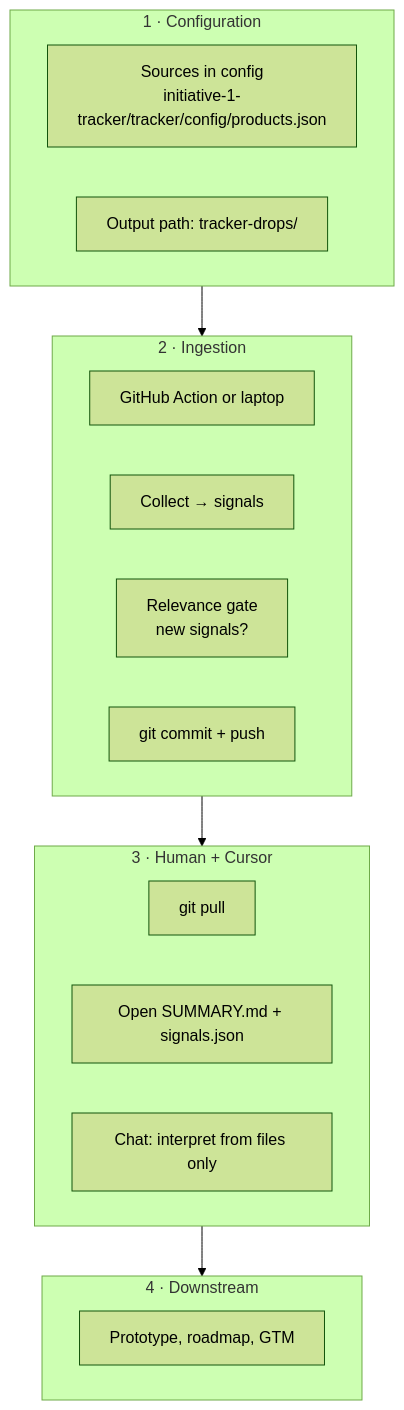
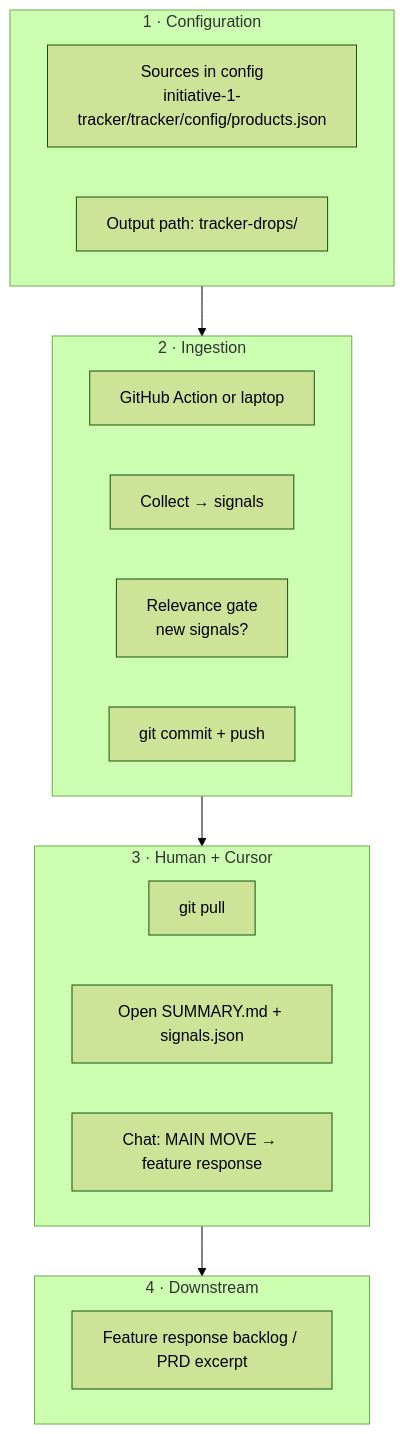
One commit to alonsoroca-gif/Tracker-Competitors-Bot changed the diagram in TRACKER-EXTERNAL-ONBOARDING.md. Above: the diagram before and after it, drawn with Mermaid (forest theme). The commit also changed other lines of this file and 59 other files, not shown here.

````diff
--- a/TRACKER-EXTERNAL-ONBOARDING.md
+++ b/TRACKER-EXTERNAL-ONBOARDING.md
@@ -113,24 +180,24 @@
 ```mermaid
 flowchart TB
   subgraph cfg["1 · Configuration"]
     C1["Sources in config\ninitiative-1-tracker/tracker/config/products.json"]
     C2["Output path: tracker-drops/"]
   end
   subgraph ing["2 · Ingestion"]
     I1["GitHub Action or laptop"]
     I2["Collect → signals"]
     I3["Relevance gate\nnew signals?"]
     I4["git commit + push"]
   end
   subgraph hum["3 · Human + Cursor"]
     H1["git pull"]
     H2["Open SUMMARY.md + signals.json"]
-    H3["Chat: interpret from files only"]
+    H3["Chat: MAIN MOVE → feature response"]
   end
   subgraph out["4 · Downstream"]
-    O1["Prototype, roadmap, GTM"]
+    O1["Feature response backlog / PRD excerpt"]
   end
   cfg --> ing
   ing --> hum
   hum --> out
 ```
````
